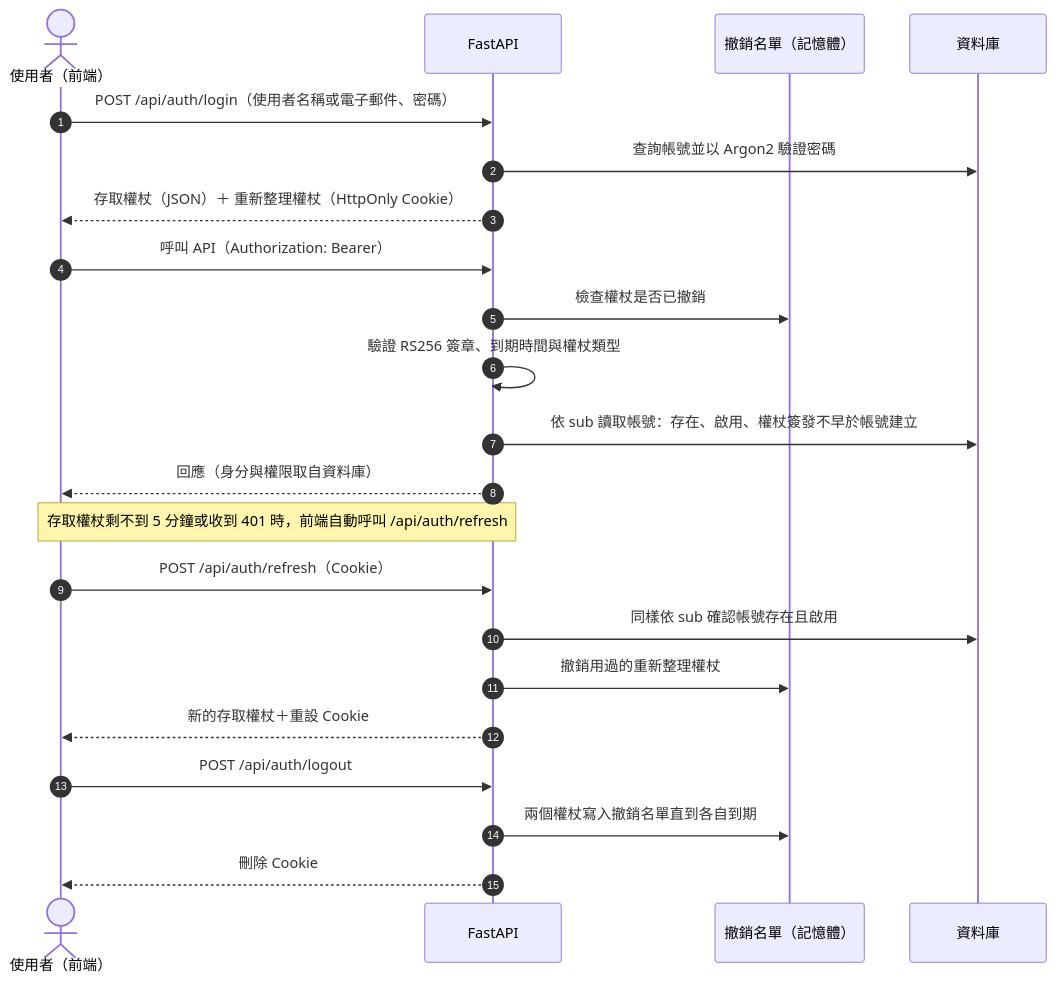
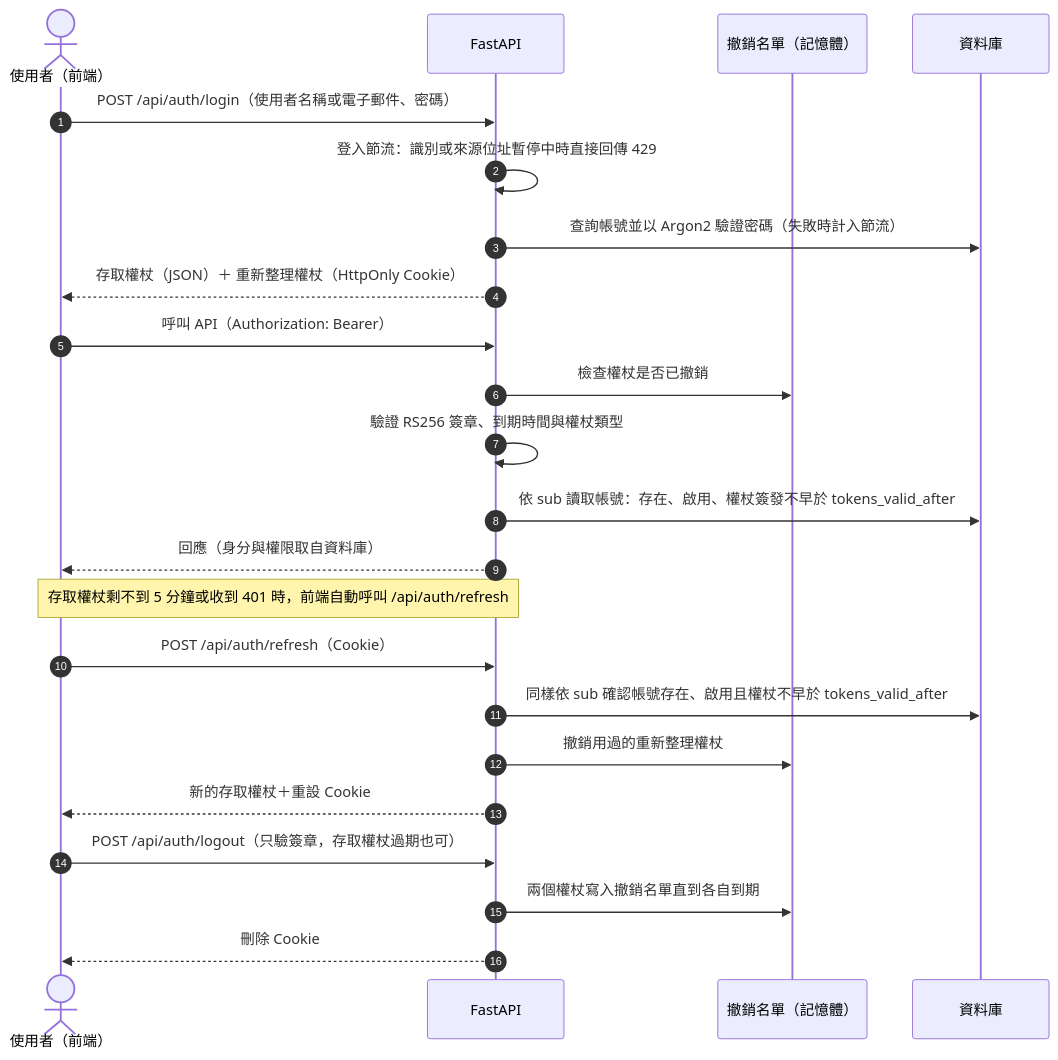
One commit to Scorpio-meow/AskMiao changed the eighth of 9 diagrams in docs/architecture.md. Above: the diagram before and after it, drawn with Mermaid. The commit also changed other lines of this file and 11 other files, not shown here.

````diff
--- a/docs/architecture.md
+++ b/docs/architecture.md
@@ -484,25 +491,26 @@
 ```mermaid
 sequenceDiagram
     autonumber
     actor User as 使用者（前端）
     participant API as FastAPI
     participant BL as 撤銷名單（記憶體）
     participant DB as 資料庫
 
     User->>API: POST /api/auth/login（使用者名稱或電子郵件、密碼）
-    API->>DB: 查詢帳號並以 Argon2 驗證密碼
+    API->>API: 登入節流：識別或來源位址暫停中時直接回傳 429
+    API->>DB: 查詢帳號並以 Argon2 驗證密碼（失敗時計入節流）
     API-->>User: 存取權杖（JSON）＋ 重新整理權杖（HttpOnly Cookie）
     User->>API: 呼叫 API（Authorization: Bearer）
     API->>BL: 檢查權杖是否已撤銷
     API->>API: 驗證 RS256 簽章、到期時間與權杖類型
-    API->>DB: 依 sub 讀取帳號：存在、啟用、權杖簽發不早於帳號建立
+    API->>DB: 依 sub 讀取帳號：存在、啟用、權杖簽發不早於 tokens_valid_after
     API-->>User: 回應（身分與權限取自資料庫）
     Note over User,API: 存取權杖剩不到 5 分鐘或收到 401 時，前端自動呼叫 /api/auth/refresh
     User->>API: POST /api/auth/refresh（Cookie）
-    API->>DB: 同樣依 sub 確認帳號存在且啟用
+    API->>DB: 同樣依 sub 確認帳號存在、啟用且權杖不早於 tokens_valid_after
     API->>BL: 撤銷用過的重新整理權杖
     API-->>User: 新的存取權杖＋重設 Cookie
-    User->>API: POST /api/auth/logout
+    User->>API: POST /api/auth/logout（只驗簽章，存取權杖過期也可）
     API->>BL: 兩個權杖寫入撤銷名單直到各自到期
     API-->>User: 刪除 Cookie
 ```
````
